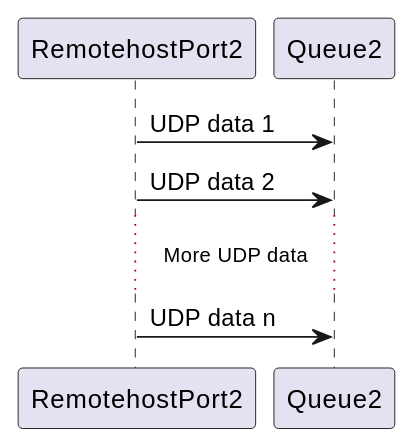
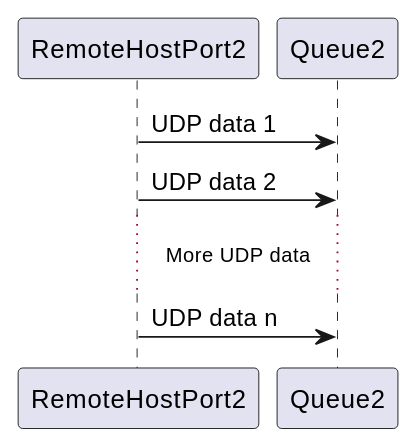
One commit to xiguichen/tcpudp changed the third of 4 diagrams in doc/architecture.md. Above: the diagram before and after it, drawn with PlantUML. The commit also changed other lines of this file, not shown here.

```diff
--- a/doc/architecture.md
+++ b/doc/architecture.md
@@ -27,8 +28,8 @@
 @startuml
 
-RemotehostPort2 -> Queue2: UDP data 1
-RemotehostPort2 -> Queue2: UDP data 2
+RemoteHostPort2 -> Queue2: UDP data 1
+RemoteHostPort2 -> Queue2: UDP data 2
 ... More UDP data ...
-RemotehostPort2 -> Queue2: UDP data n
+RemoteHostPort2 -> Queue2: UDP data n
 
 @enduml
```
